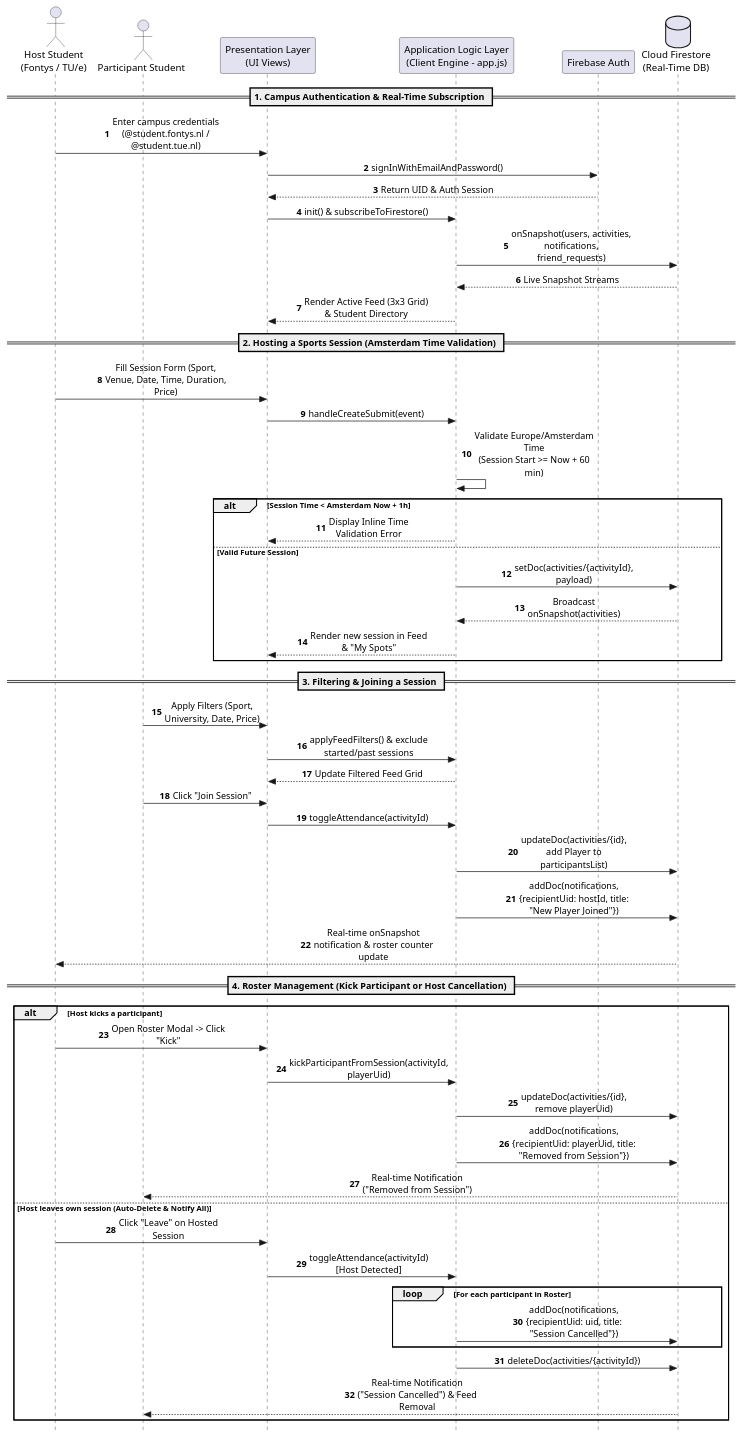
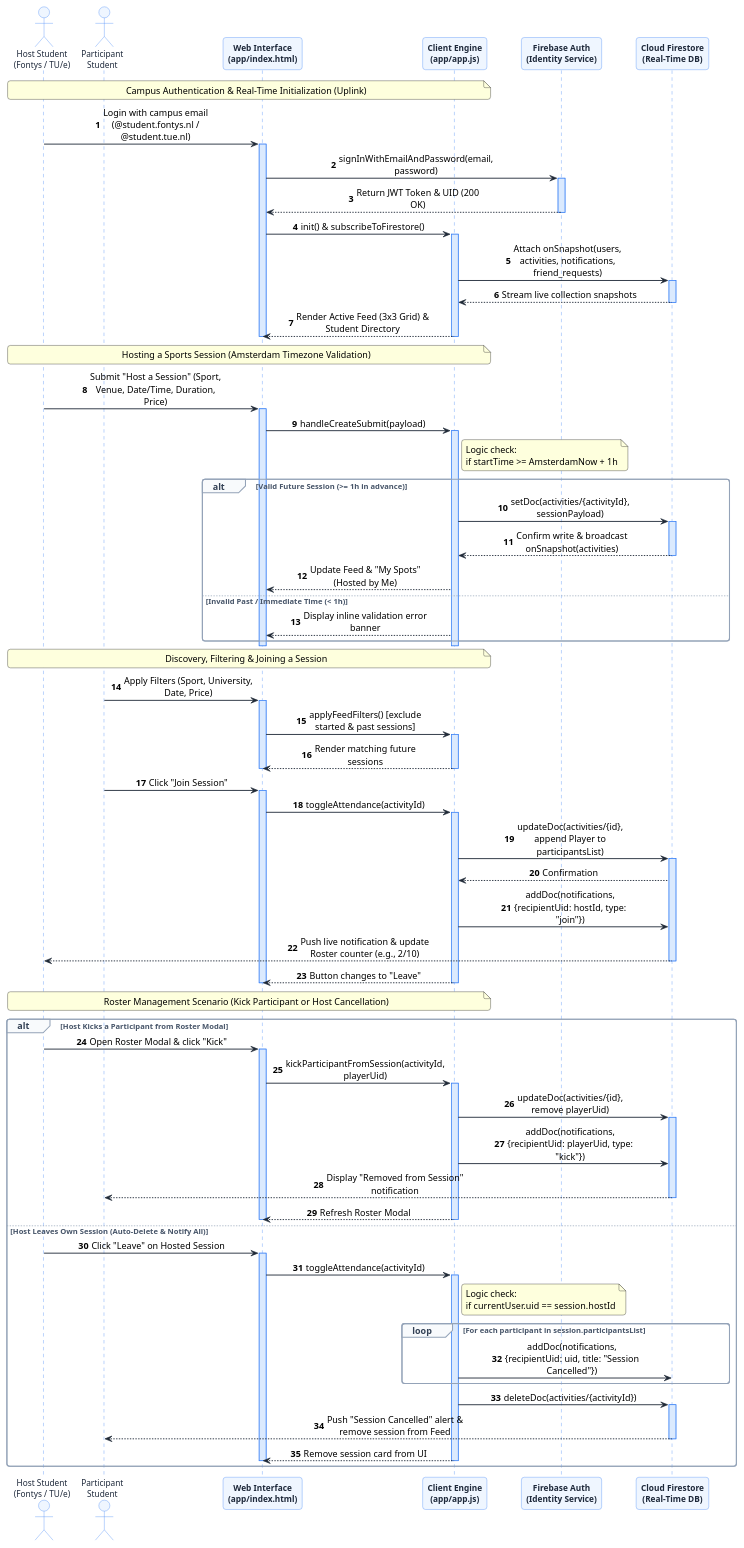
The diagram in uml/Sequence-Diagram.puml (martimgalamba7/UniSport-FontysICT_Challenge2), drawn with PlantUML before and after one commit. The commit also changed 1 other file, not shown here.

Commit message:
style(uml): add blue and yellow color theme matching reference diagram

```diff
--- a/uml/Sequence-Diagram.puml
+++ b/uml/Sequence-Diagram.puml
@@ -1,63 +1,168 @@
 @startuml UniSport_Sequence_Diagram
 autonumber
-skinparam style strictuml
+
+skinparam backgroundColor #FFFFFF
+skinparam Shadowing false
+skinparam RoundCorner 8
+skinparam MaxMessageSize 200
 skinparam SequenceMessageAlign center
-skinparam MaxMessageSize 180
+skinparam BoxPadding 15
+skinparam ParticipantPadding 20
+
+skinparam sequence {
+  ArrowColor #1F2937
+  ArrowThickness 1.3
+
+  ActorBorderColor #3B82F6
+  ActorBackgroundColor #EFF6FF
+  ActorFontColor #1E293B
+  ActorFontSize 12
+
+  ParticipantBorderColor #3B82F6
+  ParticipantBackgroundColor #EFF6FF
+  ParticipantFontColor #1E293B
+  ParticipantFontSize 12
+  ParticipantFontStyle bold
+
+  DatabaseBorderColor #3B82F6
+  DatabaseBackgroundColor #EFF6FF
+  DatabaseFontColor #1E293B
+  DatabaseFontSize 12
+  DatabaseFontStyle bold
+
+  LifeLineBorderColor #3B82F6
+  LifeLineBackgroundColor #DBEAFE
+
+  NoteBackgroundColor #FEFCE8
+  NoteBorderColor #EAB308
+  NoteFontColor #1E293B
+  NoteFontSize 12
+
+  GroupBorderColor #94A3B8
+  GroupBackgroundColor #F8FAFC
+  GroupHeaderFontColor #334155
+  GroupFontColor #475569
+}
 
 actor "Host Student\n(Fontys / TU/e)" as Host
-actor "Participant Student" as Player
-participant "Presentation Layer\n(UI Views)" as UI
-participant "Application Logic Layer\n(Client Engine - app.js)" as Engine
-participant "Firebase Auth" as Auth
-database "Cloud Firestore\n(Real-Time DB)" as DB
+actor "Participant\nStudent" as Player
+participant "Web Interface\n(app/index.html)" as UI
+participant "Client Engine\n(app/app.js)" as Engine
+participant "Firebase Auth\n(Identity Service)" as Auth
+participant "Cloud Firestore\n(Real-Time DB)" as DB
 
-== 1. Campus Authentication & Real-Time Subscription ==
-Host -> UI : Enter campus credentials (@student.fontys.nl / @student.tue.nl)
-UI -> Auth : signInWithEmailAndPassword()
-Auth --> UI : Return UID & Auth Session
+note over Host, Engine
+  Campus Authentication & Real-Time Initialization (Uplink)
+end note
+
+Host -> UI : Login with campus email (@student.fontys.nl / @student.tue.nl)
+activate UI
+UI -> Auth : signInWithEmailAndPassword(email, password)
+activate Auth
+Auth --> UI : Return JWT Token & UID (200 OK)
+deactivate Auth
+
 UI -> Engine : init() & subscribeToFirestore()
-Engine -> DB : onSnapshot(users, activities, notifications, friend_requests)
-DB --> Engine : Live Snapshot Streams
+activate Engine
+Engine -> DB : Attach onSnapshot(users, activities, notifications, friend_requests)
+activate DB
+DB --> Engine : Stream live collection snapshots
+deactivate DB
 Engine --> UI : Render Active Feed (3x3 Grid) & Student Directory
+deactivate Engine
+deactivate UI
 
-== 2. Hosting a Sports Session (Amsterdam Time Validation) ==
-Host -> UI : Fill Session Form (Sport, Venue, Date, Time, Duration, Price)
-UI -> Engine : handleCreateSubmit(event)
-Engine -> Engine : Validate Europe/Amsterdam Time\n(Session Start >= Now + 60 min)
+note over Host, Engine
+  Hosting a Sports Session (Amsterdam Timezone Validation)
+end note
 
-alt Session Time < Amsterdam Now + 1h
-  Engine --> UI : Display Inline Time Validation Error
-else Valid Future Session
-  Engine -> DB : setDoc(activities/{activityId}, payload)
-  DB --> Engine : Broadcast onSnapshot(activities)
-  Engine --> UI : Render new session in Feed & "My Spots"
+Host -> UI : Submit "Host a Session" (Sport, Venue, Date/Time, Duration, Price)
+activate UI
+UI -> Engine : handleCreateSubmit(payload)
+activate Engine
+
+note right of Engine
+  Logic check:
+  if startTime >= AmsterdamNow + 1h
+end note
+
+alt Valid Future Session (>= 1h in advance)
+  Engine -> DB : setDoc(activities/{activityId}, sessionPayload)
+  activate DB
+  DB --> Engine : Confirm write & broadcast onSnapshot(activities)
+  deactivate DB
+  Engine --> UI : Update Feed & "My Spots" (Hosted by Me)
+else Invalid Past / Immediate Time (< 1h)
+  Engine --> UI : Display inline validation error banner
 end
+deactivate Engine
+deactivate UI
 
-== 3. Filtering & Joining a Session ==
+note over Host, Engine
+  Discovery, Filtering & Joining a Session
+end note
+
 Player -> UI : Apply Filters (Sport, University, Date, Price)
-UI -> Engine : applyFeedFilters() & exclude started/past sessions
-Engine --> UI : Update Filtered Feed Grid
+activate UI
+UI -> Engine : applyFeedFilters() [exclude started & past sessions]
+activate Engine
+Engine --> UI : Render matching future sessions
+deactivate Engine
+deactivate UI
+
 Player -> UI : Click "Join Session"
+activate UI
 UI -> Engine : toggleAttendance(activityId)
-Engine -> DB : updateDoc(activities/{id}, add Player to participantsList)
-Engine -> DB : addDoc(notifications, {recipientUid: hostId, title: "New Player Joined"})
-DB --> Host : Real-time onSnapshot notification & roster counter update
+activate Engine
+Engine -> DB : updateDoc(activities/{id}, append Player to participantsList)
+activate DB
+DB --> Engine : Confirmation
+Engine -> DB : addDoc(notifications, {recipientUid: hostId, type: "join"})
+DB --> Host : Push live notification & update Roster counter (e.g., 2/10)
+deactivate DB
+Engine --> UI : Button changes to "Leave"
+deactivate Engine
+deactivate UI
 
-== 4. Roster Management (Kick Participant or Host Cancellation) ==
-alt Host kicks a participant
-  Host -> UI : Open Roster Modal -> Click "Kick"
+note over Host, Engine
+  Roster Management Scenario (Kick Participant or Host Cancellation)
+end note
+
+alt Host Kicks a Participant from Roster Modal
+  Host -> UI : Open Roster Modal & click "Kick"
+  activate UI
   UI -> Engine : kickParticipantFromSession(activityId, playerUid)
+  activate Engine
   Engine -> DB : updateDoc(activities/{id}, remove playerUid)
-  Engine -> DB : addDoc(notifications, {recipientUid: playerUid, title: "Removed from Session"})
-  DB --> Player : Real-time Notification ("Removed from Session")
-else Host leaves own session (Auto-Delete & Notify All)
+  activate DB
+  Engine -> DB : addDoc(notifications, {recipientUid: playerUid, type: "kick"})
+  DB --> Player : Display "Removed from Session" notification
+  deactivate DB
+  Engine --> UI : Refresh Roster Modal
+  deactivate Engine
+  deactivate UI
+else Host Leaves Own Session (Auto-Delete & Notify All)
   Host -> UI : Click "Leave" on Hosted Session
-  UI -> Engine : toggleAttendance(activityId) [Host Detected]
-  loop For each participant in Roster
+  activate UI
+  UI -> Engine : toggleAttendance(activityId)
+  activate Engine
+
+  note right of Engine
+    Logic check:
+    if currentUser.uid == session.hostId
+  end note
+
+  loop For each participant in session.participantsList
     Engine -> DB : addDoc(notifications, {recipientUid: uid, title: "Session Cancelled"})
   end
+
   Engine -> DB : deleteDoc(activities/{activityId})
-  DB --> Player : Real-time Notification ("Session Cancelled") & Feed Removal
+  activate DB
+  DB --> Player : Push "Session Cancelled" alert & remove session from Feed
+  deactivate DB
+  Engine --> UI : Remove session card from UI
+  deactivate Engine
+  deactivate UI
 end
 
 @enduml
```
